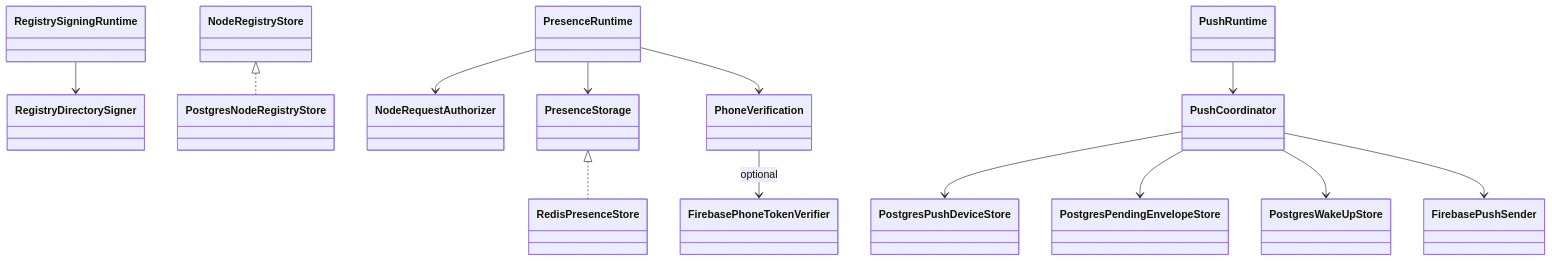
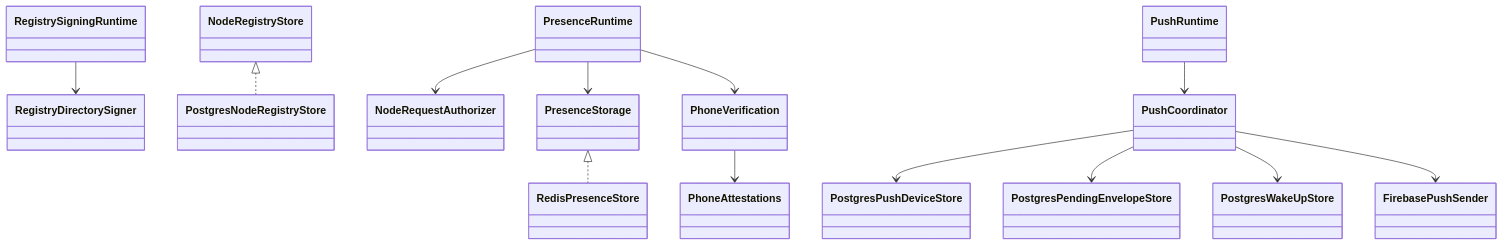
The second of 3 diagrams in docs/server/overview.md (cbgm/Sparrow), drawn with Mermaid before and after one commit. The commit also changed other lines of this file and 89 other files, not shown here.

````diff
--- a/docs/server/overview.md
+++ b/docs/server/overview.md
@@ -166,32 +166,32 @@
 ```mermaid
 classDiagram
     class RegistrySigningRuntime
     class RegistryDirectorySigner
     class NodeRegistryStore
     class PostgresNodeRegistryStore
     class PresenceRuntime
     class NodeRequestAuthorizer
     class PresenceStorage
     class RedisPresenceStore
     class PhoneVerification
-    class FirebasePhoneTokenVerifier
+    class PhoneAttestations
     class PushRuntime
     class PushCoordinator
     class PostgresPushDeviceStore
     class PostgresPendingEnvelopeStore
     class PostgresWakeUpStore
     class FirebasePushSender
 
     RegistrySigningRuntime --> RegistryDirectorySigner
     NodeRegistryStore <|.. PostgresNodeRegistryStore
     PresenceRuntime --> NodeRequestAuthorizer
     PresenceRuntime --> PresenceStorage
     PresenceStorage <|.. RedisPresenceStore
     PresenceRuntime --> PhoneVerification
-    PhoneVerification --> FirebasePhoneTokenVerifier : optional
+    PhoneVerification --> PhoneAttestations
     PushRuntime --> PushCoordinator
     PushCoordinator --> PostgresPushDeviceStore
     PushCoordinator --> PostgresPendingEnvelopeStore
     PushCoordinator --> PostgresWakeUpStore
     PushCoordinator --> FirebasePushSender
 ```
````
